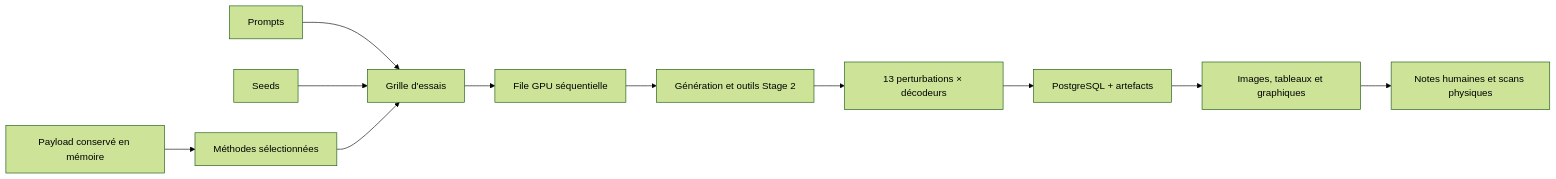
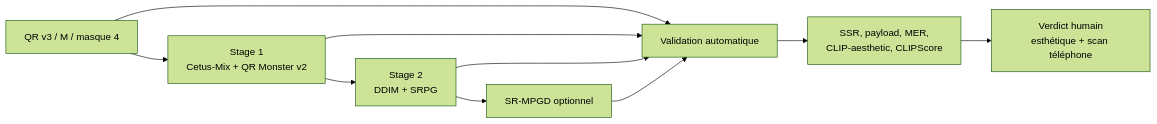
One commit to Paul-Berdier/Prooftag_QRcodePersonnalisation changed the diagram in docs/web-lab.md. Above: the diagram before and after it, drawn with Mermaid (forest theme). The commit also changed other lines of this file and 24 other files, not shown here.

````diff
--- a/docs/web-lab.md
+++ b/docs/web-lab.md
@@ -13,13 +18,12 @@
 ```mermaid
 flowchart LR
-    A["Payload conservé en mémoire"] --> B["Méthodes sélectionnées"]
-    P["Prompts"] --> G["Grille d'essais"]
-    S["Seeds"] --> G
-    B --> G
-    G --> Q["File GPU séquentielle"]
-    Q --> D["Génération et outils Stage 2"]
-    D --> V["13 perturbations × décodeurs"]
-    V --> R["PostgreSQL + artefacts"]
-    R --> U["Images, tableaux et graphiques"]
-    U --> H["Notes humaines et scans physiques"]
+    Q["QR v3 / M / masque 4"] --> S1["Stage 1\nCetus-Mix + QR Monster v2"]
+    S1 --> S2["Stage 2\nDDIM + SRPG"]
+    S2 --> M["SR-MPGD optionnel"]
+    Q --> V["Validation automatique"]
+    S1 --> V
+    S2 --> V
+    M --> V
+    V --> A["SSR, payload, MER,\nCLIP-aesthetic, CLIPScore"]
+    A --> H["Verdict humain\nesthétique + scan téléphone"]
 ```
````
